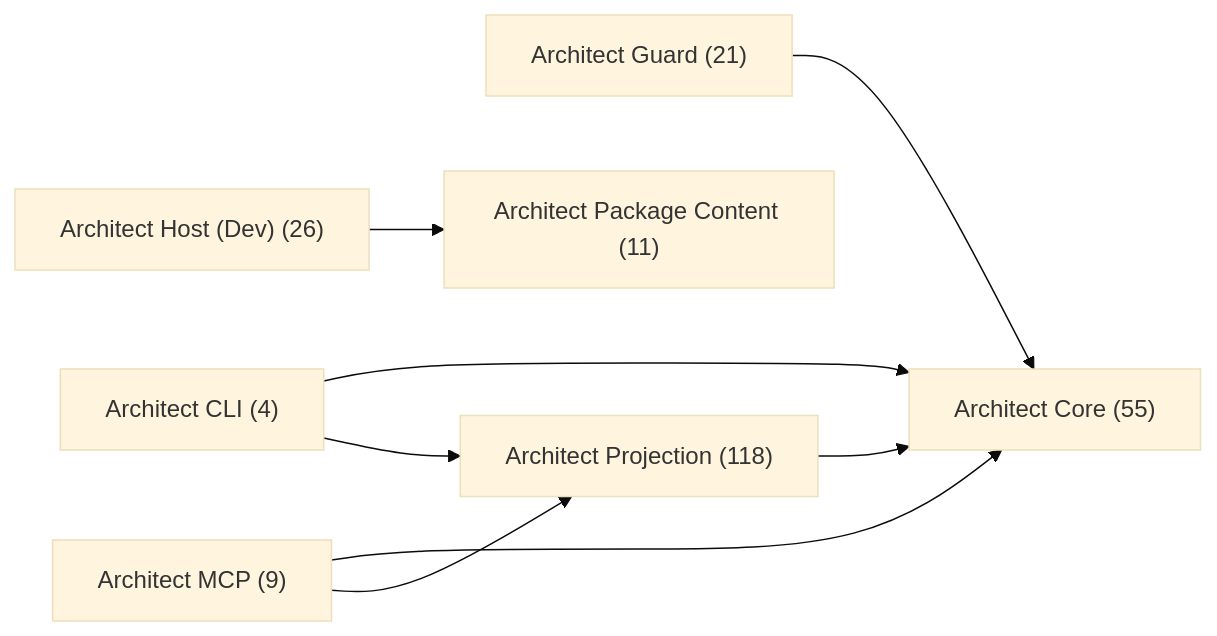
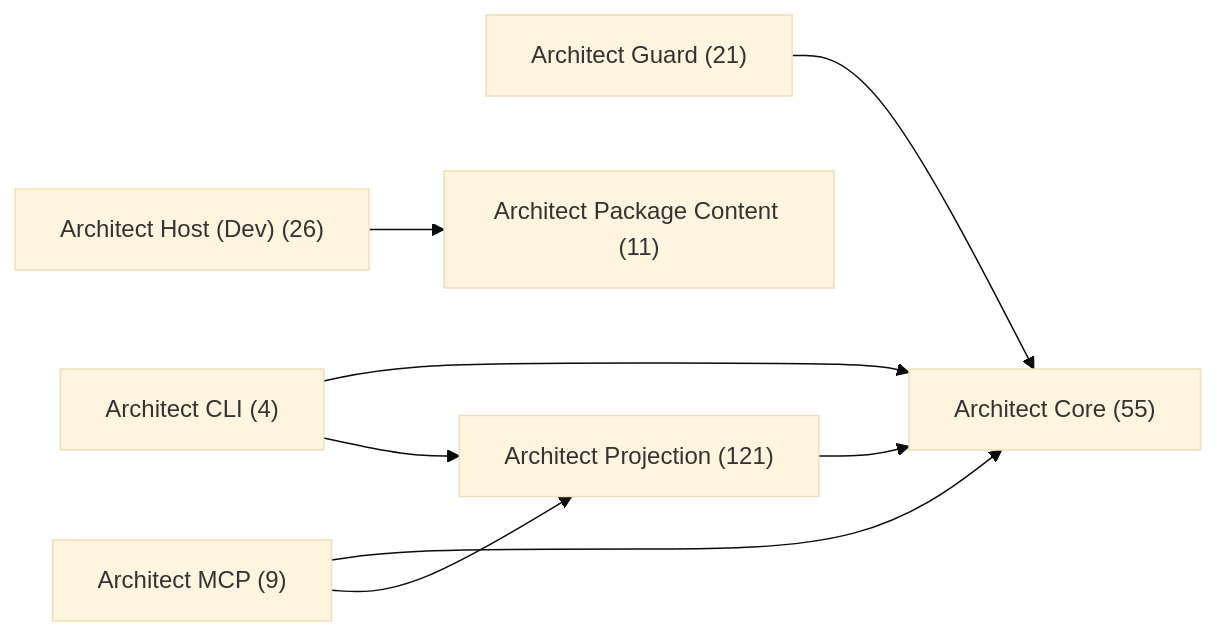
One commit to libar-dev/architect changed the first of 8 diagrams in docs-live/architecture/package-seam.md. Above: the diagram before and after it, drawn with Mermaid (base theme). The commit also changed other lines of this file and 97 other files, not shown here.

First line of the commit message:
feat(projection): add @architect-shape API-reference tier (WS-7)

````diff
--- a/docs-live/architecture/package-seam.md
+++ b/docs-live/architecture/package-seam.md
@@ -18,17 +18,17 @@
 ```mermaid
 graph LR
   pkg_architect_cli["Architect CLI (4)"]
   pkg_architect_core["Architect Core (55)"]
   pkg_architect_guard["Architect Guard (21)"]
   pkg_architect_host_dev["Architect Host (Dev) (26)"]
   pkg_architect_mcp["Architect MCP (9)"]
   pkg_architect_package_content["Architect Package Content (11)"]
-  pkg_architect_projection["Architect Projection (118)"]
+  pkg_architect_projection["Architect Projection (121)"]
   pkg_architect_cli --> pkg_architect_core
   pkg_architect_cli --> pkg_architect_projection
   pkg_architect_guard --> pkg_architect_core
   pkg_architect_host_dev --> pkg_architect_package_content
   pkg_architect_mcp --> pkg_architect_core
   pkg_architect_mcp --> pkg_architect_projection
   pkg_architect_projection --> pkg_architect_core
 ```
````
